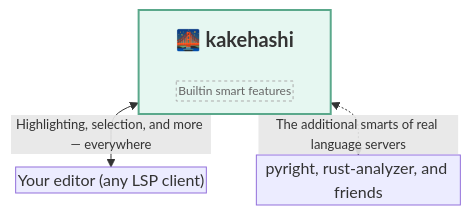
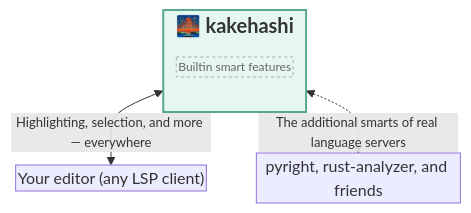
One commit to atusy/kakehashi changed the diagram in README.md. Above: the diagram before and after it, drawn with Mermaid.

Commit message:
docs: tune kakehashi title spacing
Use the native subgraph title with an explicit one-line bottom margin so the title-to-feature spacing is intentional, compact, and measured without clipping.

````diff
--- a/README.md
+++ b/README.md
@@ -11,21 +11,26 @@
 ```mermaid
 ---
 config:
+  themeVariables:
+    fontSize: 20px
   flowchart:
     padding: 1
     rankSpacing: 1
+    subGraphTitleMargin:
+      top: 0
+      bottom: 12
 ---
 flowchart TB
-    subgraph K[" "]
-        direction TB
-        T["🌉 kakehashi"] ~~~ B["Builtin smart features"]
+    subgraph K["`**🌉 kakehashi**`"]
+        B["Builtin smart features"]
     end
 
     K <--->|Highlighting, selection, and more — everywhere| E["Your editor (any LSP client)"]
     K <-..->|The additional smarts of real language servers| LS["pyright, rust-analyzer, and friends"]
 
     style K fill:#e6f7f1,stroke:#5aa88b,stroke-width:2px
-    style T fill:transparent,stroke:transparent,font-size:20px,font-weight:bold
     style B fill:transparent,stroke:#aaa,stroke-dasharray:3 3,color:#666,font-size:12px
-    linkStyle 1,2 font-size:13px
+    style E font-size:16px
+    style LS font-size:16px
+    linkStyle 0,1 font-size:13px
 ```
````
